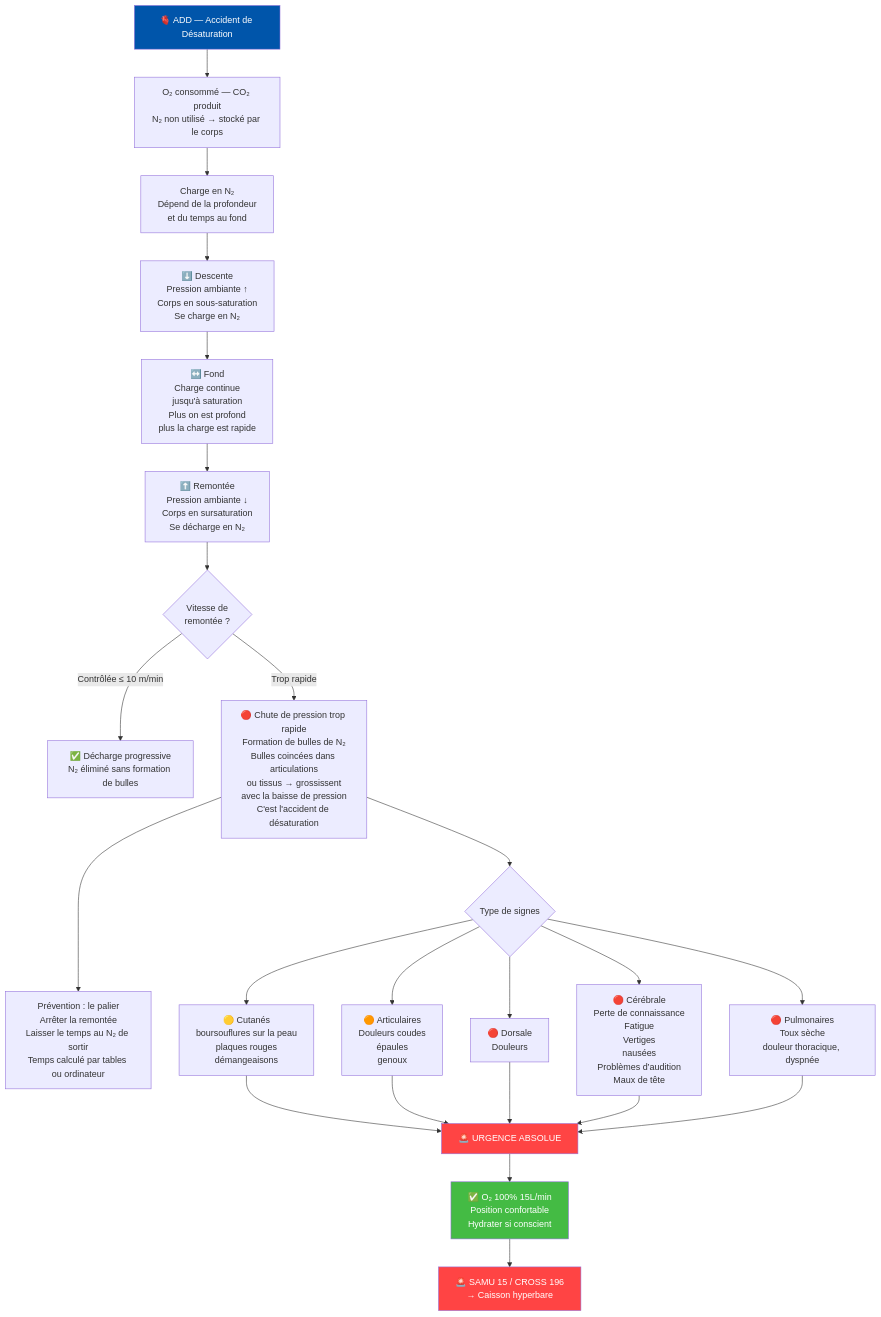
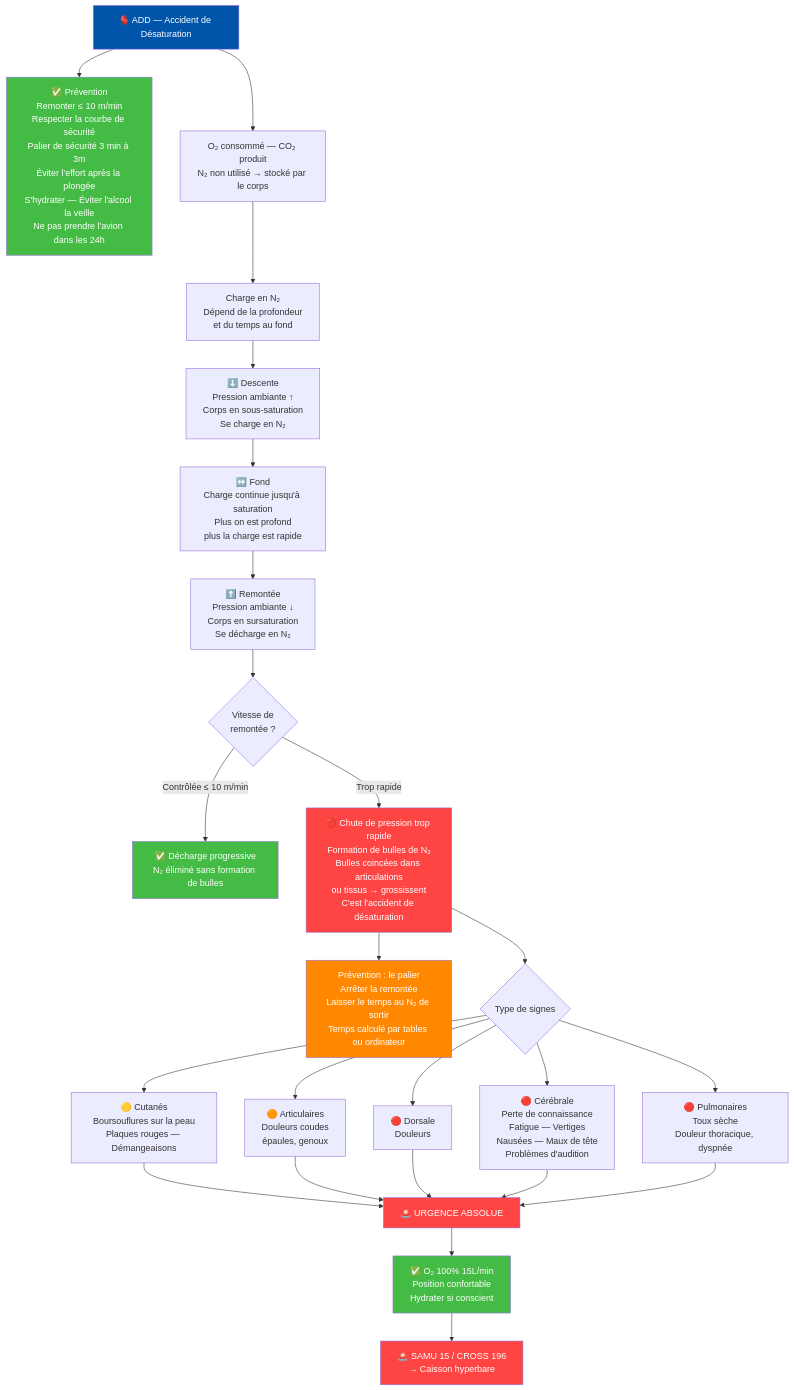
Before and after one commit to thomasGuibert/plongee: the second of 6 diagrams in prepa-n2/N2_Physiologie_Risques.md, drawn with Mermaid. The commit also changed other lines of this file, not shown here.

````diff
--- a/prepa-n2/N2_Physiologie_Risques.md
+++ b/prepa-n2/N2_Physiologie_Risques.md
@@ -38,33 +43,34 @@
 ```mermaid
 flowchart TD
     ROOT["🫀 ADD — Accident de Désaturation"]
 
+    ROOT --> PREV["✅ Prévention<br>Remonter ≤ 10 m/min<br>Respecter la courbe de sécurité<br>Palier de sécurité 3 min à 3m<br>Éviter l'effort après la plongée<br>S'hydrater — Éviter l'alcool la veille<br>Ne pas prendre l'avion dans les 24h"]
+
     ROOT --> MECA["O₂ consommé — CO₂ produit<br>N₂ non utilisé → stocké par le corps"]
-
     MECA --> CHARGE["Charge en N₂<br>Dépend de la profondeur<br>et du temps au fond"]
-
     CHARGE --> DESC["⬇️ Descente<br>Pression ambiante ↑<br>Corps en sous-saturation<br>Se charge en N₂"]
-    DESC --> FOND["↔️ Fond<br>Charge continue<br>jusqu'à saturation<br>Plus on est profond<br>plus la charge est rapide"]
+    DESC --> FOND["↔️ Fond<br>Charge continue jusqu'à saturation<br>Plus on est profond<br>plus la charge est rapide"]
     FOND --> REM["⬆️ Remontée<br>Pression ambiante ↓<br>Corps en sursaturation<br>Se décharge en N₂"]
-
     REM --> VITESSE{Vitesse de<br>remontée ?}
     VITESSE -->|Contrôlée ≤ 10 m/min| OK["✅ Décharge progressive<br>N₂ éliminé sans formation de bulles"]
-    VITESSE -->|Trop rapide| BULLES["🔴 Chute de pression trop rapide<br>Formation de bulles de N₂<br>Bulles coincées dans articulations<br>ou tissus → grossissent<br>avec la baisse de pression<br>C'est l'accident de désaturation"]
-
-    BULLES ---> PAL["Prévention : le palier<br>Arrêter la remontée<br>Laisser le temps au N₂ de sortir<br>Temps calculé par tables ou ordinateur"]
-
+    VITESSE -->|Trop rapide| BULLES["🔴 Chute de pression trop rapide<br>Formation de bulles de N₂<br>Bulles coincées dans articulations<br>ou tissus → grossissent<br>C'est l'accident de désaturation"]
+    BULLES --> PAL["Prévention : le palier<br>Arrêter la remontée<br>Laisser le temps au N₂ de sortir<br>Temps calculé par tables ou ordinateur"]
     BULLES --> ADD_S{Type de signes}
-    ADD_S --> ADD_C["🟡 Cutanés<br>boursouflures sur la peau<br> plaques rouges<br> démangeaisons"]
-    ADD_S --> ADD_B["🟠 Articulaires<br>Douleurs coudes<br>épaules<br> genoux"]
-    ADD_S --> ADD_A["🔴 Dorsale<br> Douleurs"]
-    ADD_S --> ADD_N["🔴 Cérébrale<br>Perte de connaissance <br> Fatigue <br> Vertiges<br>nausées<br>Problèmes d’audition<br>Maux de tête"]
-    ADD_S --> ADD_P["🔴 Pulmonaires<br>Toux sèche<br>douleur thoracique, dyspnée"]
+    ADD_S --> ADD_C["🟡 Cutanés<br>Boursouflures sur la peau<br>Plaques rouges — Démangeaisons"]
+    ADD_S --> ADD_B["🟠 Articulaires<br>Douleurs coudes<br>épaules, genoux"]
+    ADD_S --> ADD_A["🔴 Dorsale<br>Douleurs"]
+    ADD_S --> ADD_N["🔴 Cérébrale<br>Perte de connaissance<br>Fatigue — Vertiges<br>Nausées — Maux de tête<br>Problèmes d'audition"]
+    ADD_S --> ADD_P["🔴 Pulmonaires<br>Toux sèche<br>Douleur thoracique, dyspnée"]
     ADD_C & ADD_B & ADD_A & ADD_N & ADD_P --> ADD_URG["🚨 URGENCE ABSOLUE"]
     ADD_URG --> ADD_CT["✅ O₂ 100% 15L/min<br>Position confortable<br>Hydrater si conscient"]
     ADD_CT --> ADD_SEC["🚨 SAMU 15 / CROSS 196<br>→ Caisson hyperbare"]
 
     style ROOT fill:#0055aa,color:#fff
+    style PREV fill:#44bb44,color:#fff
+    style OK fill:#44bb44,color:#fff
+    style PAL fill:#ff8800,color:#fff
+    style BULLES fill:#ff4444,color:#fff
     style ADD_URG fill:#ff4444,color:#fff
     style ADD_SEC fill:#ff4444,color:#fff
     style ADD_CT fill:#44bb44,color:#fff
 ```
````
